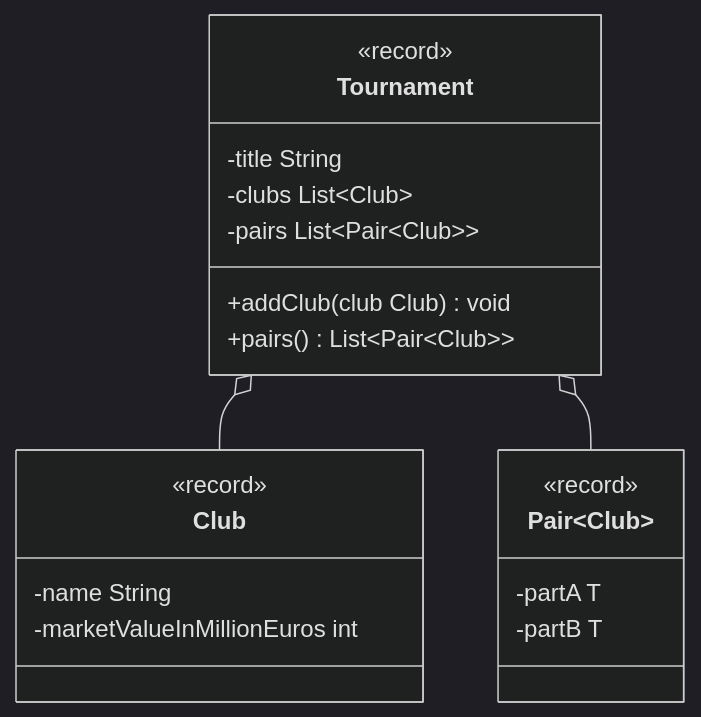
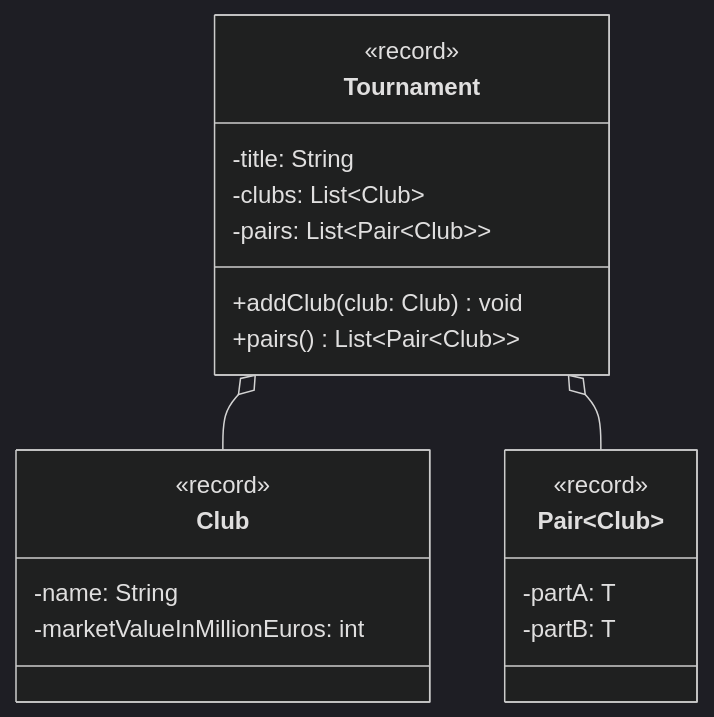
One commit to jappuccini/java-docs changed the diagram in docs/exercises/generics/generics04.mdx. Above: the diagram before and after it, drawn with Mermaid (dark theme). The commit also changed other lines of this file and 76 other files, not shown here.

Commit message:
uml fixes (colons, properties), headline fixes (italic) and exam result updates

````diff
--- a/docs/exercises/generics/generics04.mdx
+++ b/docs/exercises/generics/generics04.mdx
@@ -15,26 +15,26 @@
 ```mermaid
 classDiagram
     Tournament o-- Club
     Tournament o-- Pair~Club~
 
     class Pair~Club~ {
         <<record>>
-        -partA T
-        -partB T
+        -partA: T
+        -partB: T
     }
 
     class Tournament {
         <<record>>
-        -title String
-        -clubs List~Club~
-        -pairs List~Pair~Club~~
-        +addClub(club Club) void
+        -title: String
+        -clubs: List~Club~
+        -pairs: List~Pair~Club~~
+        +addClub(club: Club) void
         +pairs() List~Pair~Club~~
     }
 
     class Club {
         <<record>>
-        -name String
-        -marketValueInMillionEuros int
+        -name: String
+        -marketValueInMillionEuros: int
     }
 ```
````
